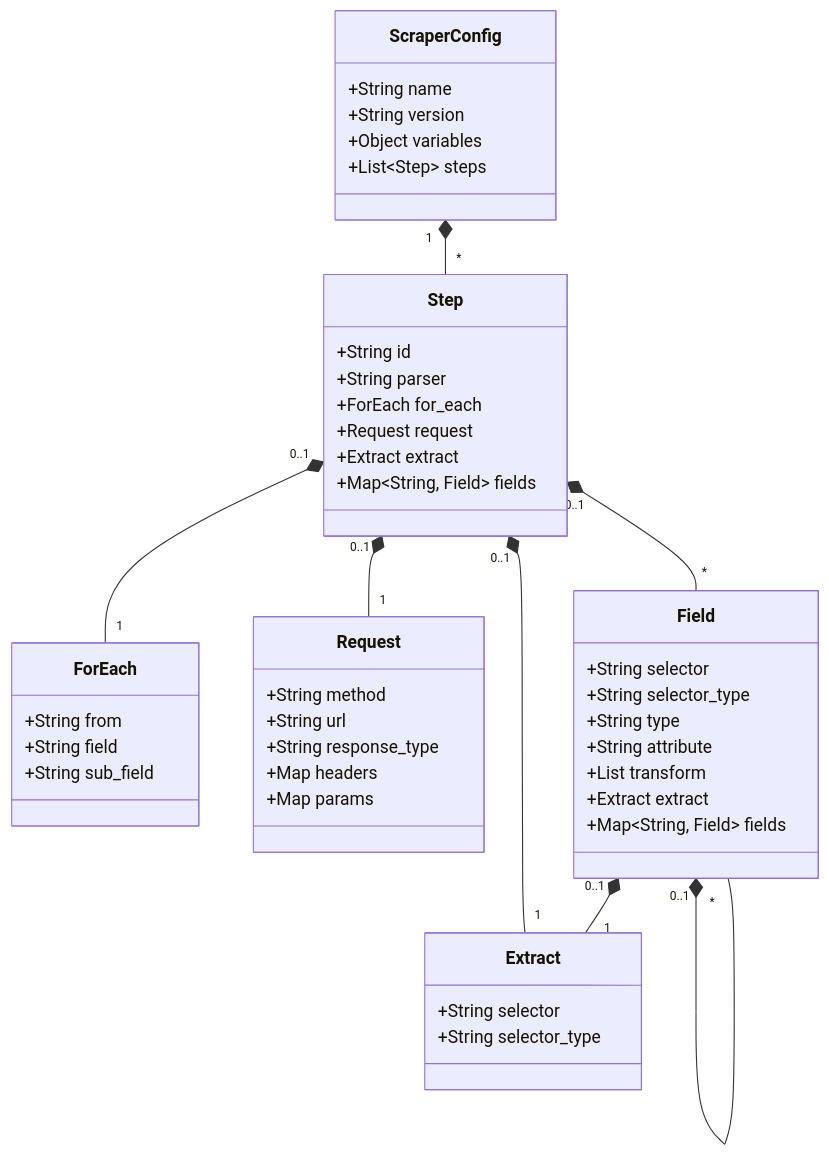
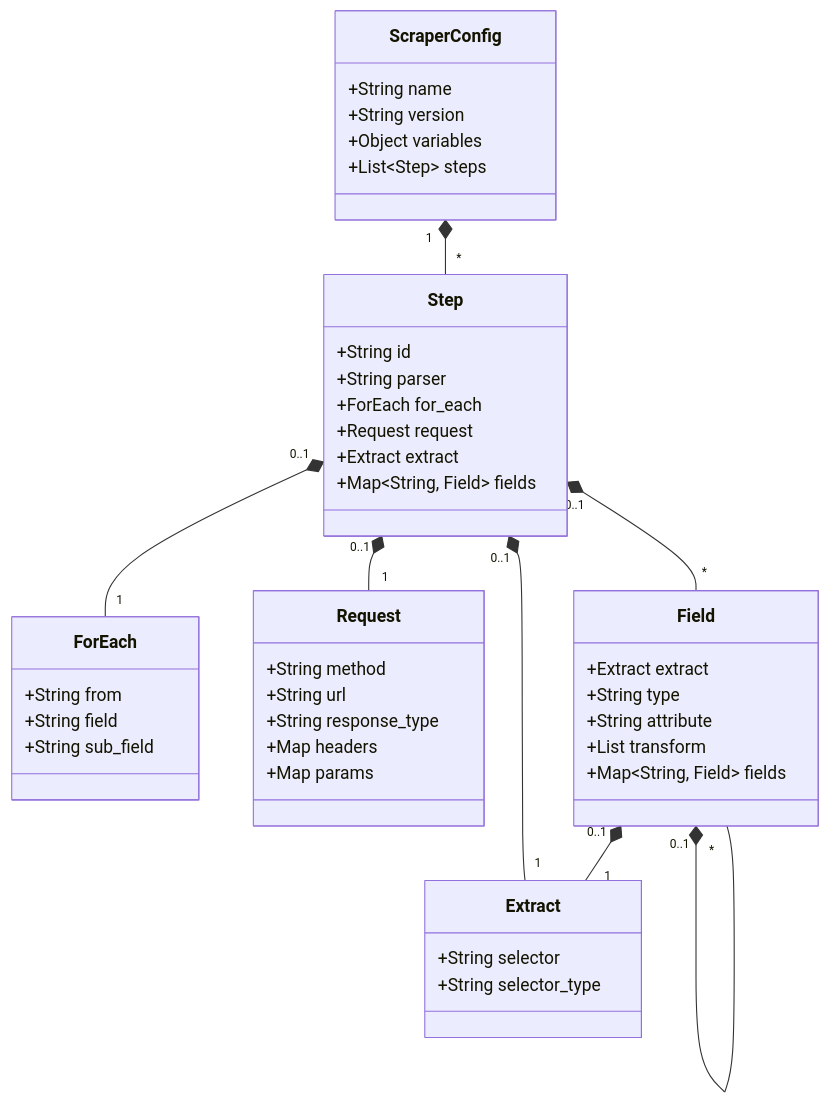
Before and after one commit to detobel36/FetchFlow: the diagram in docs/configuration-structure.md, drawn with Mermaid. The commit also changed other lines of this file and 13 other files, not shown here.

````diff
--- a/docs/configuration-structure.md
+++ b/docs/configuration-structure.md
@@ -9,50 +9,48 @@
 ```mermaid
 classDiagram
     class ScraperConfig {
         +String name
         +String version
         +Object variables
         +List~Step~ steps
     }
     class Step {
         +String id
         +String parser
         +ForEach for_each
         +Request request
         +Extract extract
         +Map~String, Field~ fields
     }
     class ForEach {
         +String from
         +String field
         +String sub_field
     }
     class Request {
         +String method
         +String url
         +String response_type
         +Map headers
         +Map params
     }
     class Extract {
         +String selector
         +String selector_type
     }
     class Field {
-        +String selector
-        +String selector_type
+        +Extract extract
         +String type
         +String attribute
         +List transform
-        +Extract extract
         +Map~String, Field~ fields
     }
 
     ScraperConfig "1" *-- "*" Step
     Step "0..1" *-- "1" ForEach
     Step "0..1" *-- "1" Request
     Step "0..1" *-- "1" Extract
     Step "0..1" *-- "*" Field
     Field "0..1" *-- "1" Extract
     Field "0..1" *-- "*" Field
 ```
````
